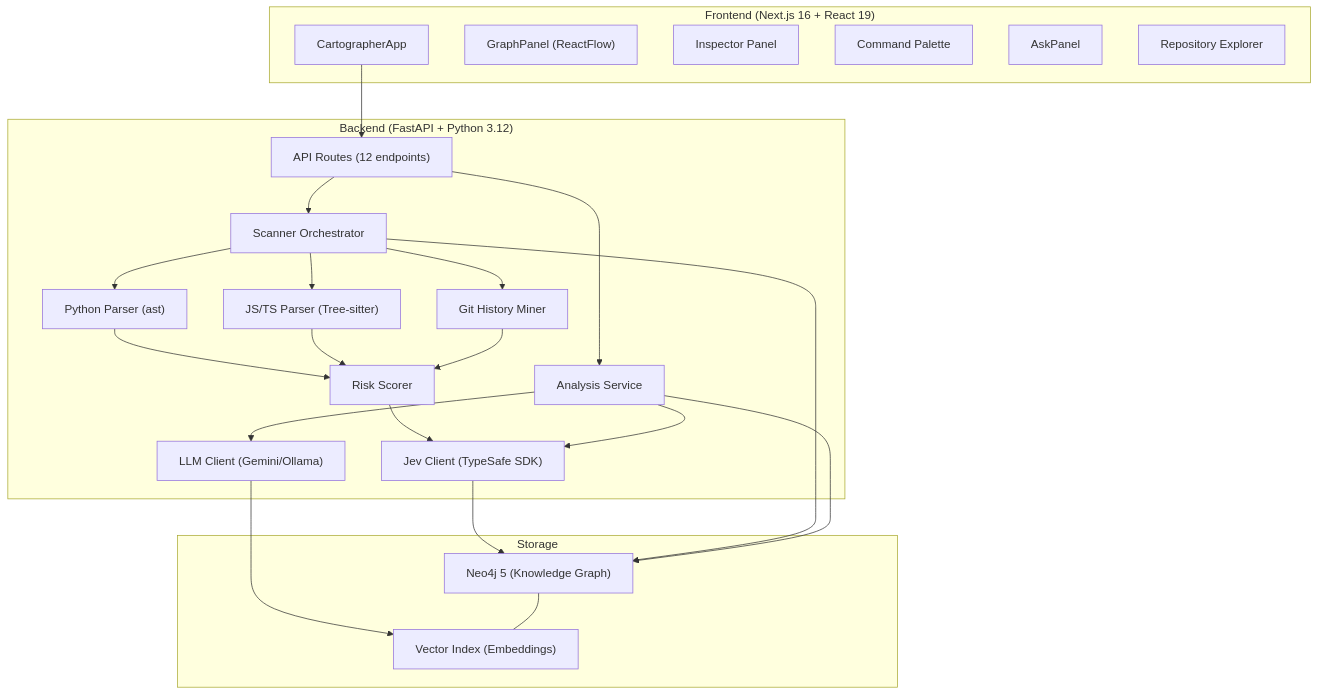
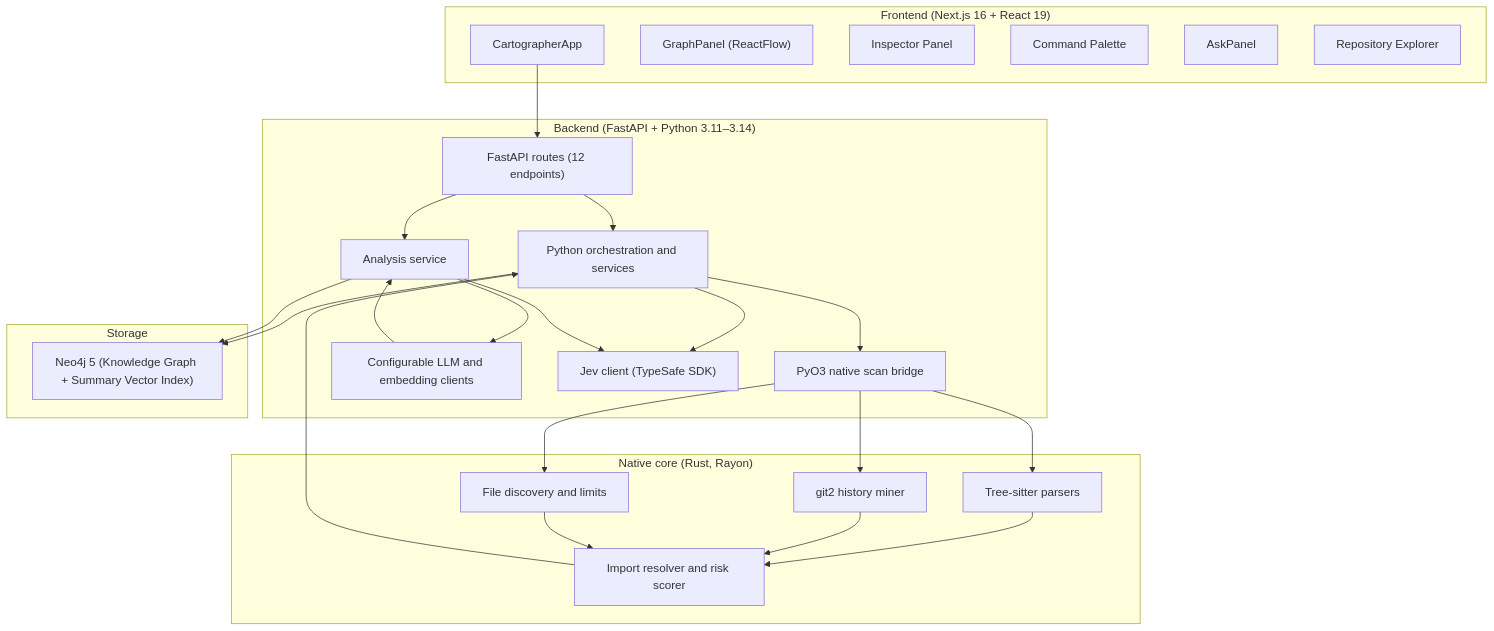
The first of 5 diagrams in docs/architecture.md (mahinigam/codebase-cartographer), drawn with Mermaid before and after one commit. The commit also changed other lines of this file and 5 other files, not shown here.

Commit message:
docs: refresh architecture and ignore local plans

````diff
--- a/docs/architecture.md
+++ b/docs/architecture.md
@@ -9,46 +9,48 @@
 ```mermaid
 flowchart TD
     subgraph Frontend ["Frontend (Next.js 16 + React 19)"]
         UI["CartographerApp"]
         GP["GraphPanel (ReactFlow)"]
         RI["Inspector Panel"]
         CP["Command Palette"]
         AP["AskPanel"]
         RE["Repository Explorer"]
     end
 
-    subgraph Backend ["Backend (FastAPI + Python 3.12)"]
-        API["API Routes (12 endpoints)"]
-        SC["Scanner Orchestrator"]
-        PP["Python Parser (ast)"]
-        JP["JS/TS Parser (Tree-sitter)"]
-        GH["Git History Miner"]
-        RS["Risk Scorer"]
-        AN["Analysis Service"]
-        LLM["LLM Client (Gemini/Ollama)"]
-        JEV["Jev Client (TypeSafe SDK)"]
+    subgraph Backend ["Backend (FastAPI + Python 3.11–3.14)"]
+        API["FastAPI routes (12 endpoints)"]
+        ORCH["Python orchestration and services"]
+        BRIDGE["PyO3 native scan bridge"]
+        AN["Analysis service"]
+        LLM["Configurable LLM and embedding clients"]
+        JEV["Jev client (TypeSafe SDK)"]
+    end
+    subgraph Native ["Native core (Rust, Rayon)"]
+        DISC["File discovery and limits"]
+        PARSE["Tree-sitter parsers"]
+        GIT["git2 history miner"]
+        RESOLVE["Import resolver and risk scorer"]
     end
 
     subgraph Storage ["Storage"]
-        N4J["Neo4j 5 (Knowledge Graph)"]
-        VEC["Vector Index (Embeddings)"]
+        N4J["Neo4j 5 (Knowledge Graph + Summary Vector Index)"]
     end
 
     UI --> API
-    API --> SC
-    SC --> PP
-    SC --> JP
-    SC --> GH
-    PP --> RS
-    JP --> RS
-    GH --> RS
-    RS --> JEV
-    JEV --> N4J
-    SC --> N4J
+    API --> ORCH
+    ORCH --> BRIDGE
+    BRIDGE --> DISC
+    BRIDGE --> PARSE
+    BRIDGE --> GIT
+    PARSE --> RESOLVE
+    GIT --> RESOLVE
+    DISC --> RESOLVE
+    RESOLVE --> ORCH
+    ORCH --> JEV
+    ORCH --> N4J
     API --> AN
     AN --> N4J
     AN --> LLM
     AN --> JEV
-    LLM --> VEC
-    N4J --- VEC
+    LLM --> AN
 ```
````
